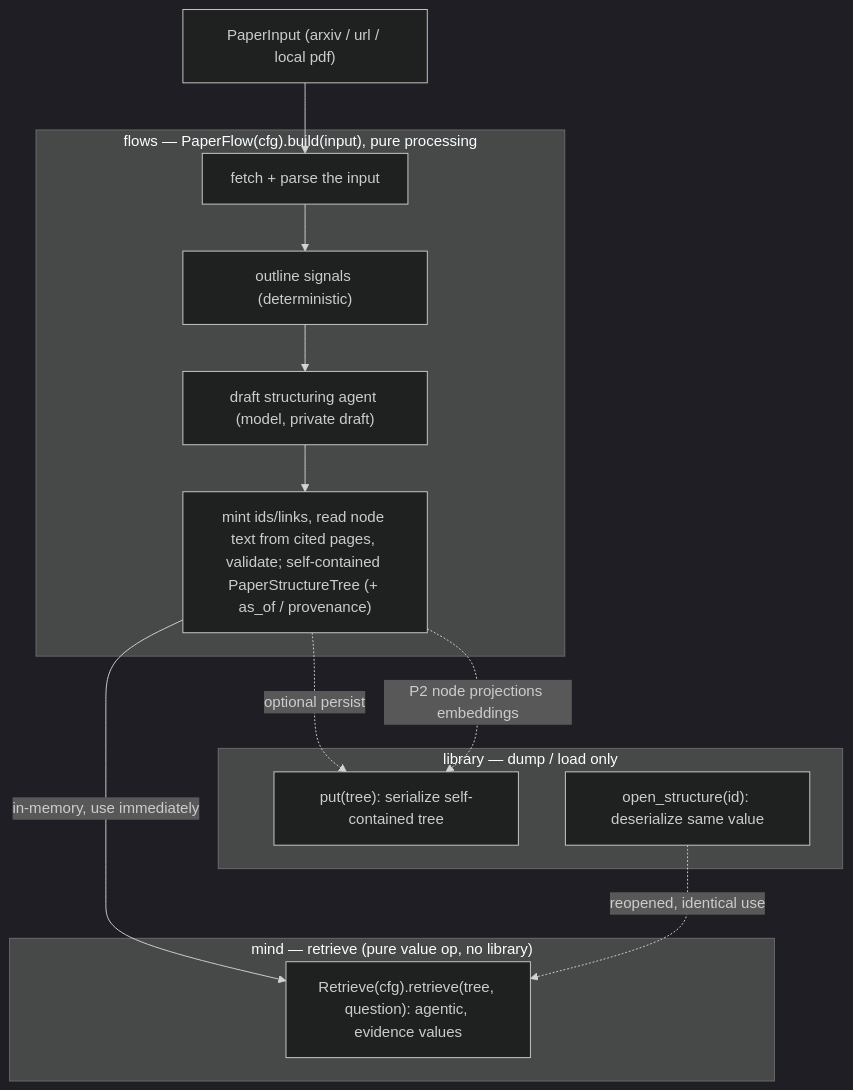
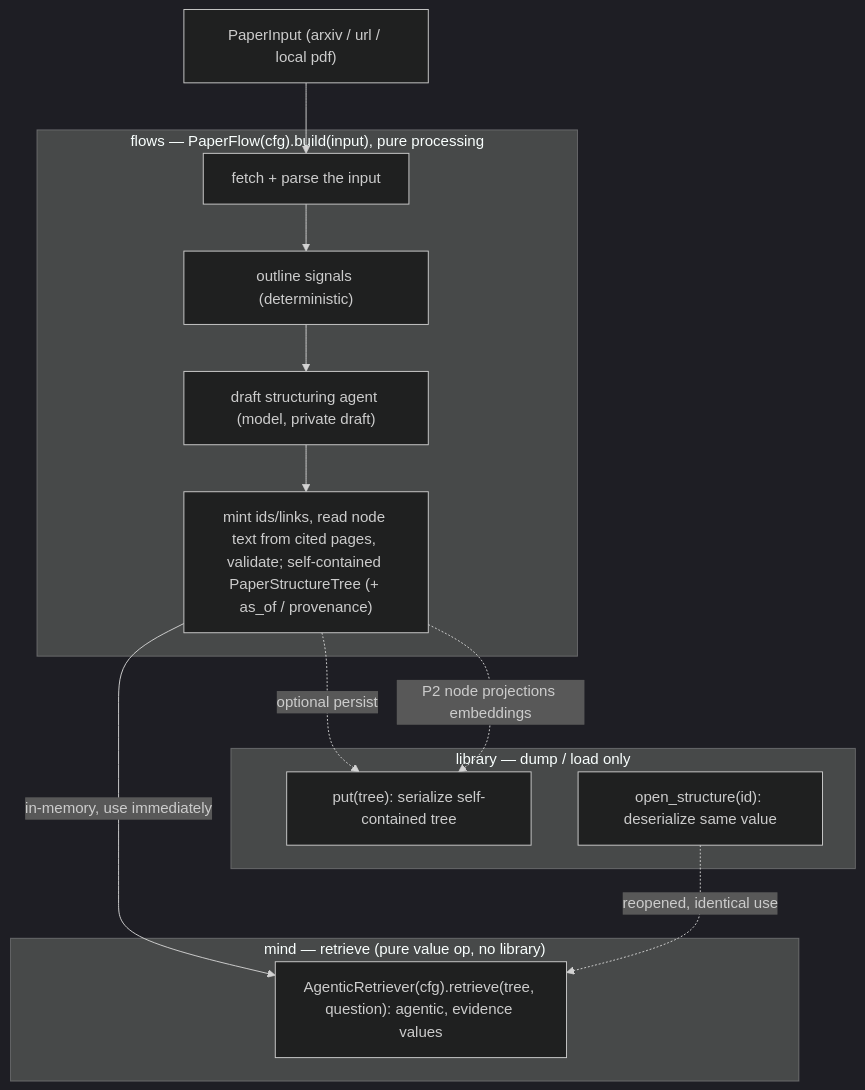
The diagram in contexts/design/mind/retrieval.md (LLMQuant/quant-mind), drawn with Mermaid (dark theme) before and after one commit. The commit also changed other lines of this file and 15 other files, not shown here.

First line of the commit message:
refactor(mind): AgenticRetriever — pure-agentic reasoning retrieval

````diff
--- a/contexts/design/mind/retrieval.md
+++ b/contexts/design/mind/retrieval.md
@@ -97,22 +97,22 @@
 ```mermaid
 flowchart TD
     IN["PaperInput (arxiv / url / local pdf)"]
     subgraph FLW["flows — PaperFlow(cfg).build(input), pure processing"]
         OPEN["fetch + parse the input"]
         OUT["outline signals (deterministic)"]
         DRAFT["draft structuring agent (model, private draft)"]
         BUILD["mint ids/links, read node text from cited pages, validate; self-contained PaperStructureTree (+ as_of / provenance)"]
     end
     subgraph LIB["library — dump / load only"]
         PUT["put(tree): serialize self-contained tree"]
         OPENT["open_structure(id): deserialize same value"]
     end
     subgraph MND["mind — retrieve (pure value op, no library)"]
-        RET["Retrieve(cfg).retrieve(tree, question): agentic, evidence values"]
+        RET["AgenticRetriever(cfg).retrieve(tree, question): agentic, evidence values"]
     end
     IN --> OPEN --> OUT --> DRAFT --> BUILD
     BUILD -->|in-memory, use immediately| RET
     BUILD -.->|optional persist| PUT
     OPENT -.->|reopened, identical use| RET
     BUILD -.->|P2 node projections embeddings| PUT
 ```
````
